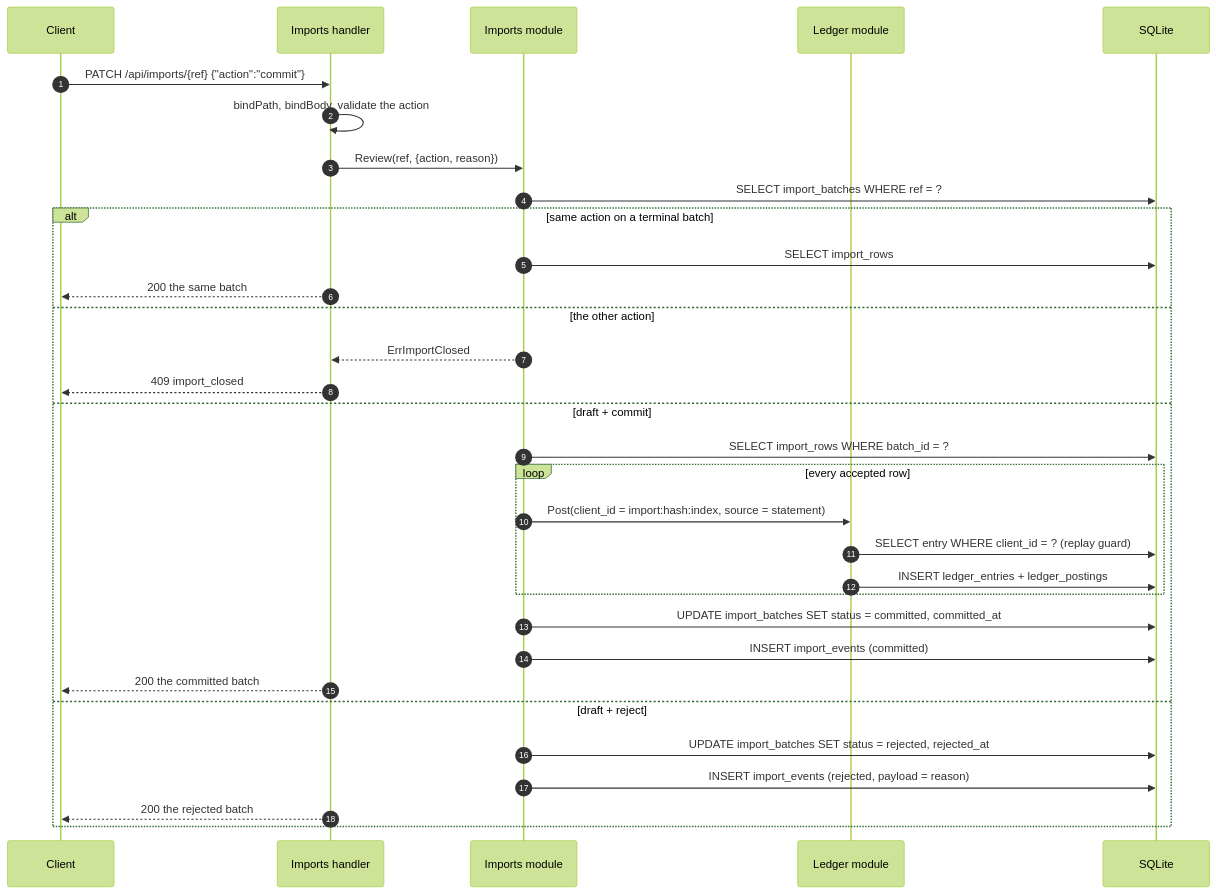
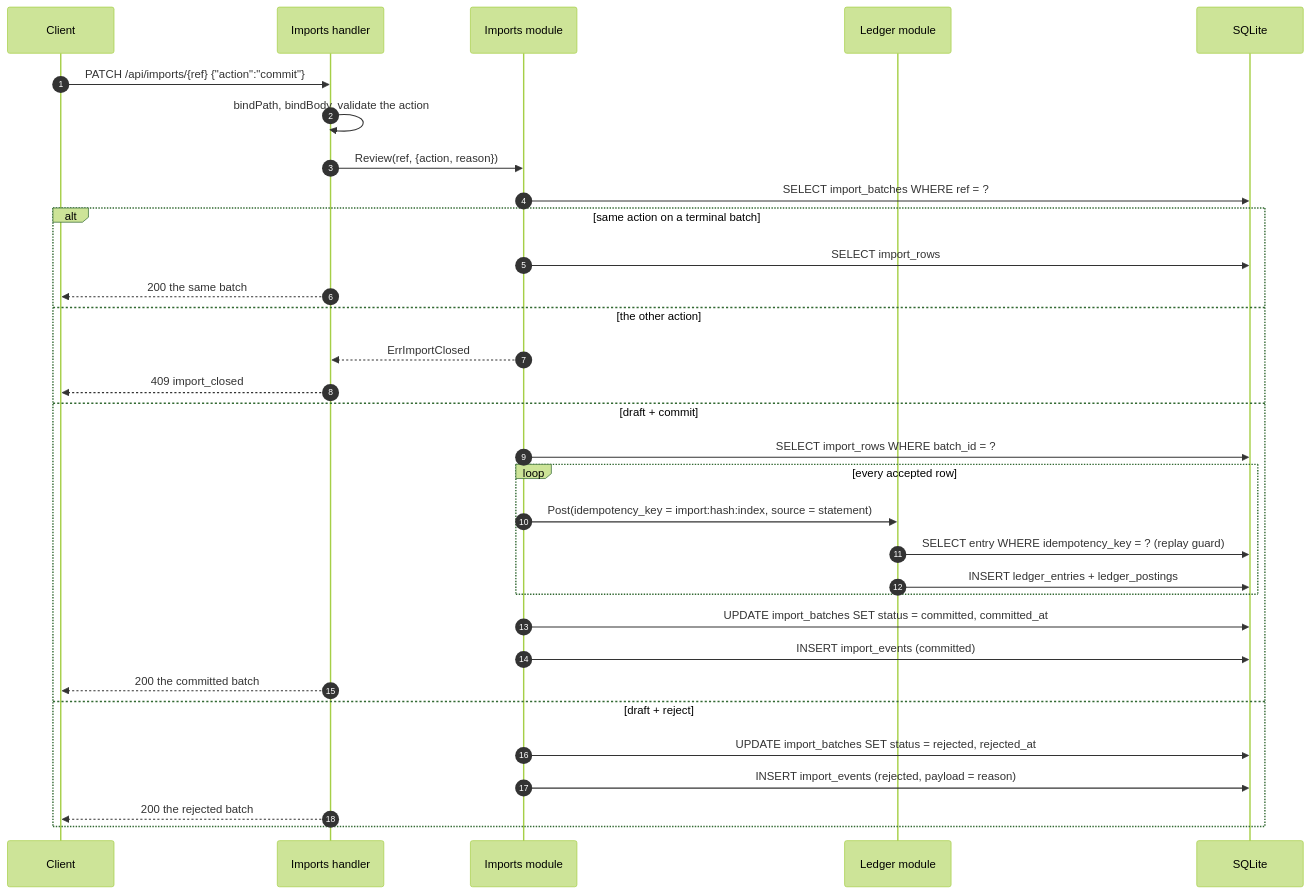
Before and after one commit to dimasbaguspm/spenicle: the diagram in docs/endpoints/PATCH_api_imports_ref.md, drawn with Mermaid (forest theme). The commit also changed other lines of this file and 127 other files, not shown here.

Commit message:
refactor(api)!: rename client_id to idempotency_key

````diff
--- a/docs/endpoints/PATCH_api_imports_ref.md
+++ b/docs/endpoints/PATCH_api_imports_ref.md
@@ -84,34 +84,34 @@
 ```mermaid
 sequenceDiagram
     autonumber
     participant C as Client
     participant H as Imports handler
     participant M as Imports module
     participant L as Ledger module
     participant DB as SQLite
     C->>H: PATCH /api/imports/{ref} {"action":"commit"}
     H->>H: bindPath, bindBody, validate the action
     H->>M: Review(ref, {action, reason})
     M->>DB: SELECT import_batches WHERE ref = ?
     alt same action on a terminal batch
         M->>DB: SELECT import_rows
         H-->>C: 200 the same batch
     else the other action
         M-->>H: ErrImportClosed
         H-->>C: 409 import_closed
     else draft + commit
         M->>DB: SELECT import_rows WHERE batch_id = ?
         loop every accepted row
-            M->>L: Post(client_id = import:hash:index, source = statement)
-            L->>DB: SELECT entry WHERE client_id = ? (replay guard)
+            M->>L: Post(idempotency_key = import:hash:index, source = statement)
+            L->>DB: SELECT entry WHERE idempotency_key = ? (replay guard)
             L->>DB: INSERT ledger_entries + ledger_postings
         end
         M->>DB: UPDATE import_batches SET status = committed, committed_at
         M->>DB: INSERT import_events (committed)
         H-->>C: 200 the committed batch
     else draft + reject
         M->>DB: UPDATE import_batches SET status = rejected, rejected_at
         M->>DB: INSERT import_events (rejected, payload = reason)
         H-->>C: 200 the rejected batch
     end
 ```
````
